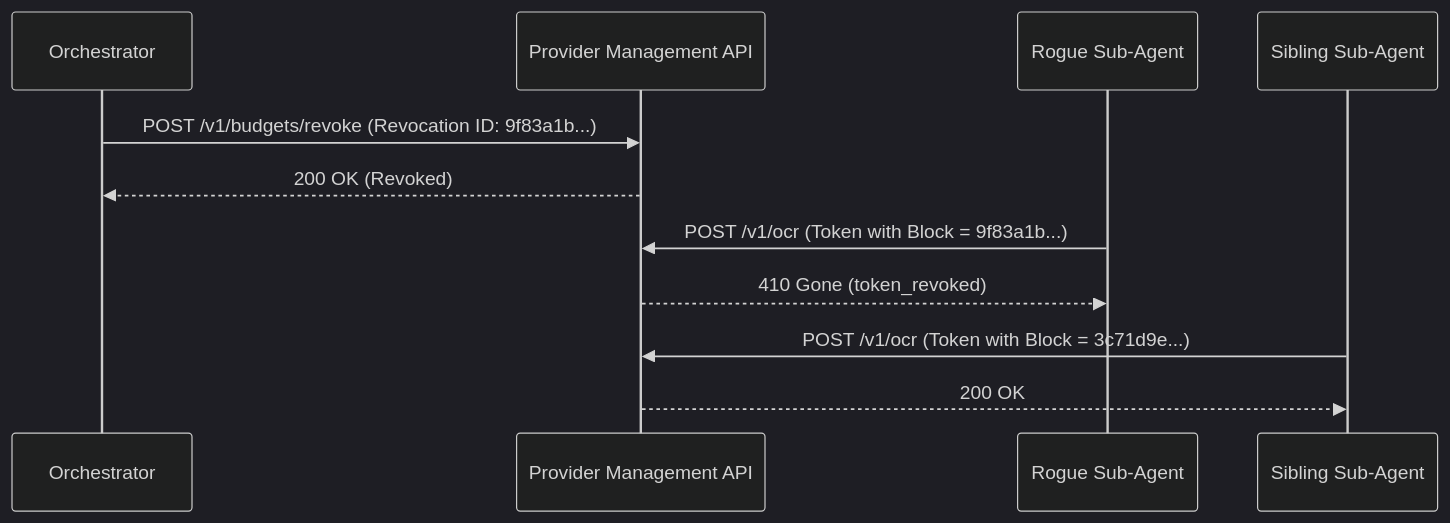
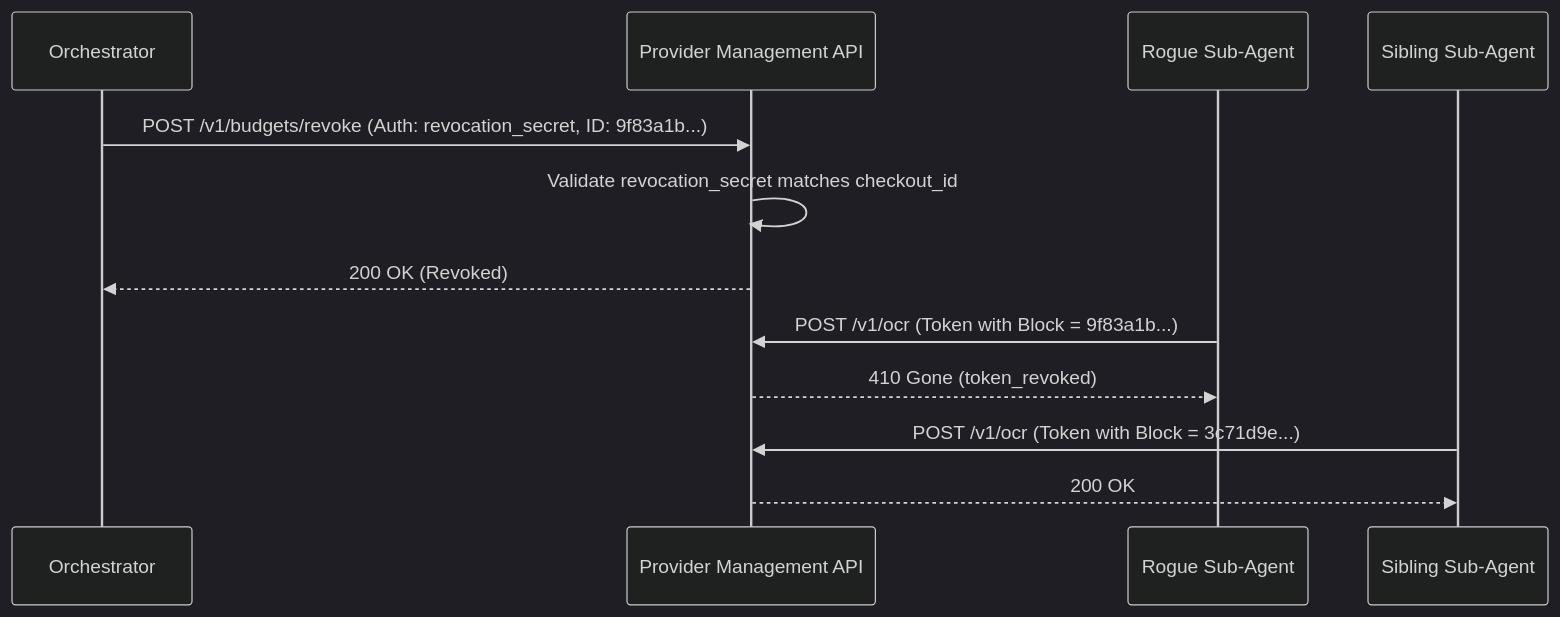
Before and after one commit to mceleri/attenuated-agent-budgets: the fifth of 5 diagrams in 03-wire-protocol.md, drawn with Mermaid (dark theme). The commit also changed other lines of this file and 6 other files, not shown here.

Commit message:
feat: enforce privilege separation and administrative revocation_secret across spec and code

````diff
--- a/03-wire-protocol.md
+++ b/03-wire-protocol.md
@@ -358,14 +358,15 @@
 ```mermaid
 sequenceDiagram
     participant O as Orchestrator
     participant P as Provider Management API
     participant SA as Rogue Sub-Agent
     participant SB as Sibling Sub-Agent
 
-    O->>P: POST /v1/budgets/revoke (Revocation ID: 9f83a1b...)
+    O->>P: POST /v1/budgets/revoke (Auth: revocation_secret, ID: 9f83a1b...)
+    P->>P: Validate revocation_secret matches checkout_id
     P-->>O: 200 OK (Revoked)
     SA->>P: POST /v1/ocr (Token with Block = 9f83a1b...)
     P-->>SA: 410 Gone (token_revoked)
     SB->>P: POST /v1/ocr (Token with Block = 3c71d9e...)
     P-->>SB: 200 OK
 ```
````
